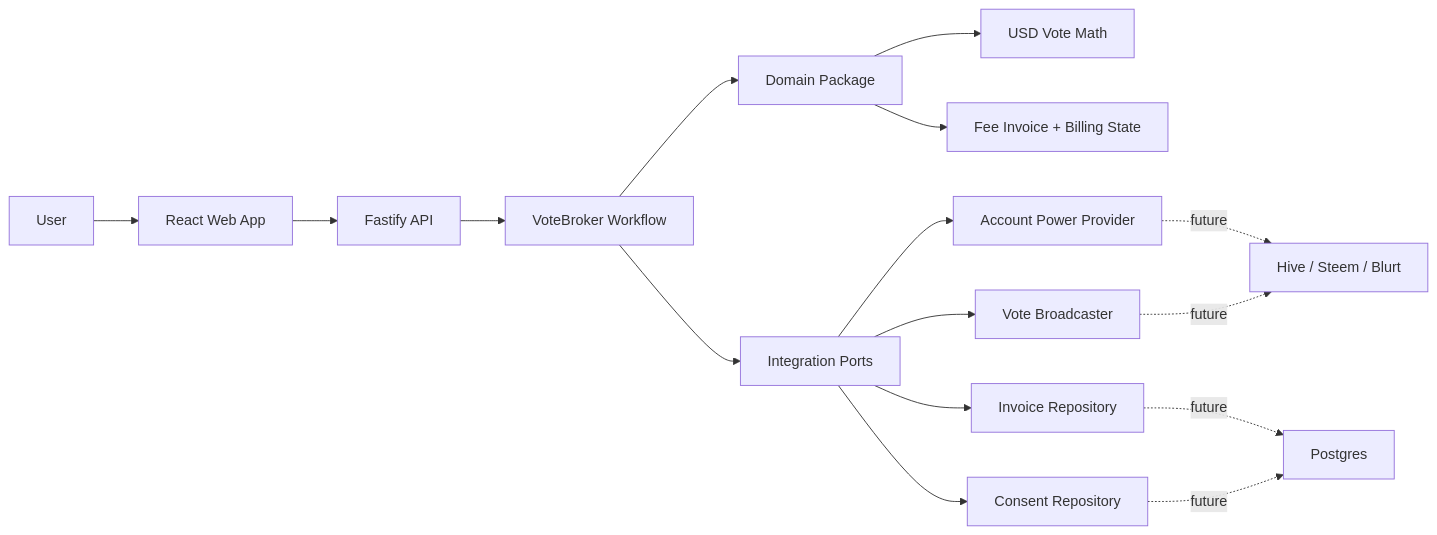
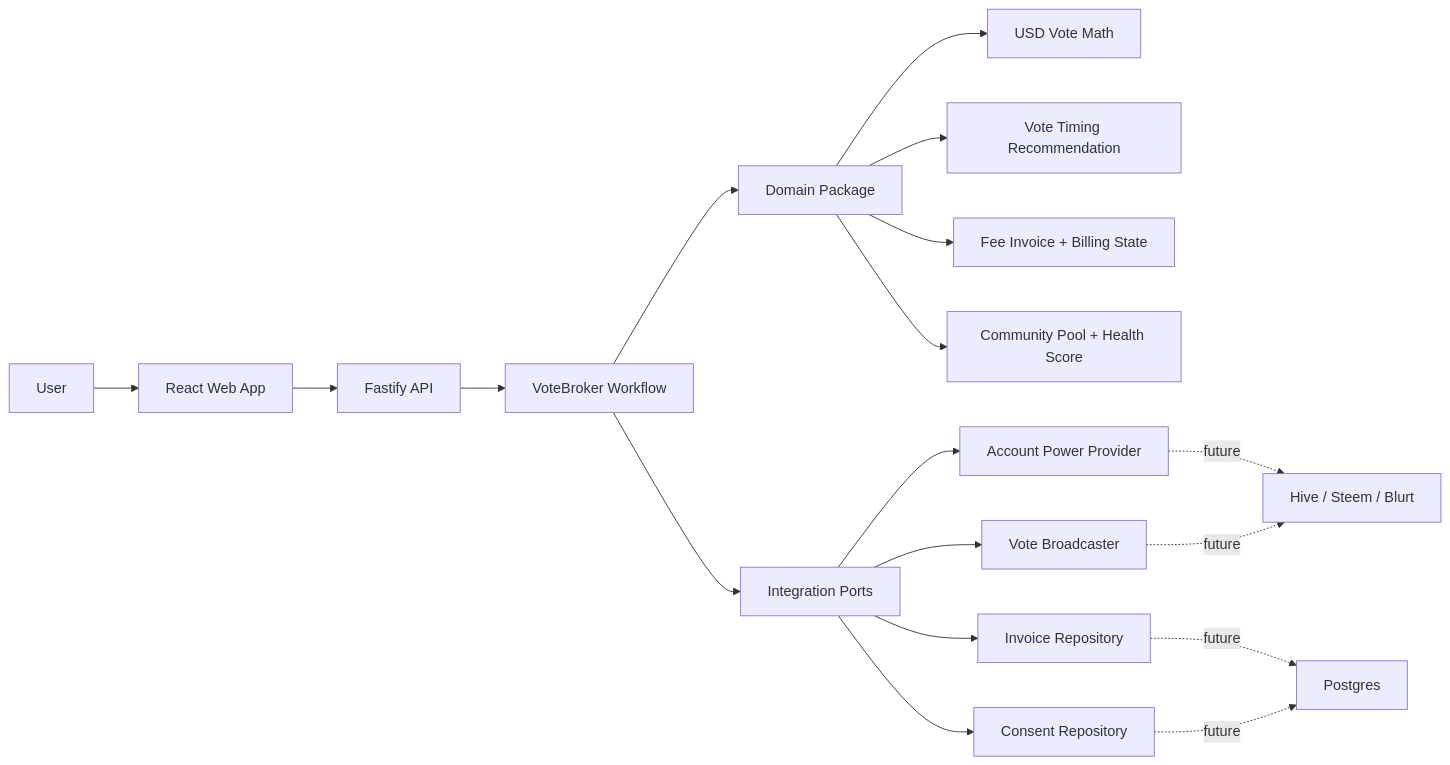
The first of 2 diagrams in README.md (jan-philippvieth-svg/votebroker-modern), drawn with Mermaid before and after one commit. The commit also changed other lines of this file and 17 other files, not shown here.

````diff
--- a/README.md
+++ b/README.md
@@ -38,21 +45,23 @@
 ```mermaid
 flowchart LR
   User["User"] --> Web["React Web App"]
   Web --> API["Fastify API"]
   API --> Workflow["VoteBroker Workflow"]
   Workflow --> Domain["Domain Package"]
   Workflow --> Ports["Integration Ports"]
 
   Domain --> VoteMath["USD Vote Math"]
+  Domain --> Timing["Vote Timing Recommendation"]
   Domain --> Billing["Fee Invoice + Billing State"]
+  Domain --> Pool["Community Pool + Health Score"]
 
   Ports --> AccountPower["Account Power Provider"]
   Ports --> VoteBroadcaster["Vote Broadcaster"]
   Ports --> InvoiceRepo["Invoice Repository"]
   Ports --> ConsentRepo["Consent Repository"]
 
   AccountPower -. future .-> Chain["Hive / Steem / Blurt"]
   VoteBroadcaster -. future .-> Chain
   InvoiceRepo -. future .-> Postgres["Postgres"]
   ConsentRepo -. future .-> Postgres
 ```
````
